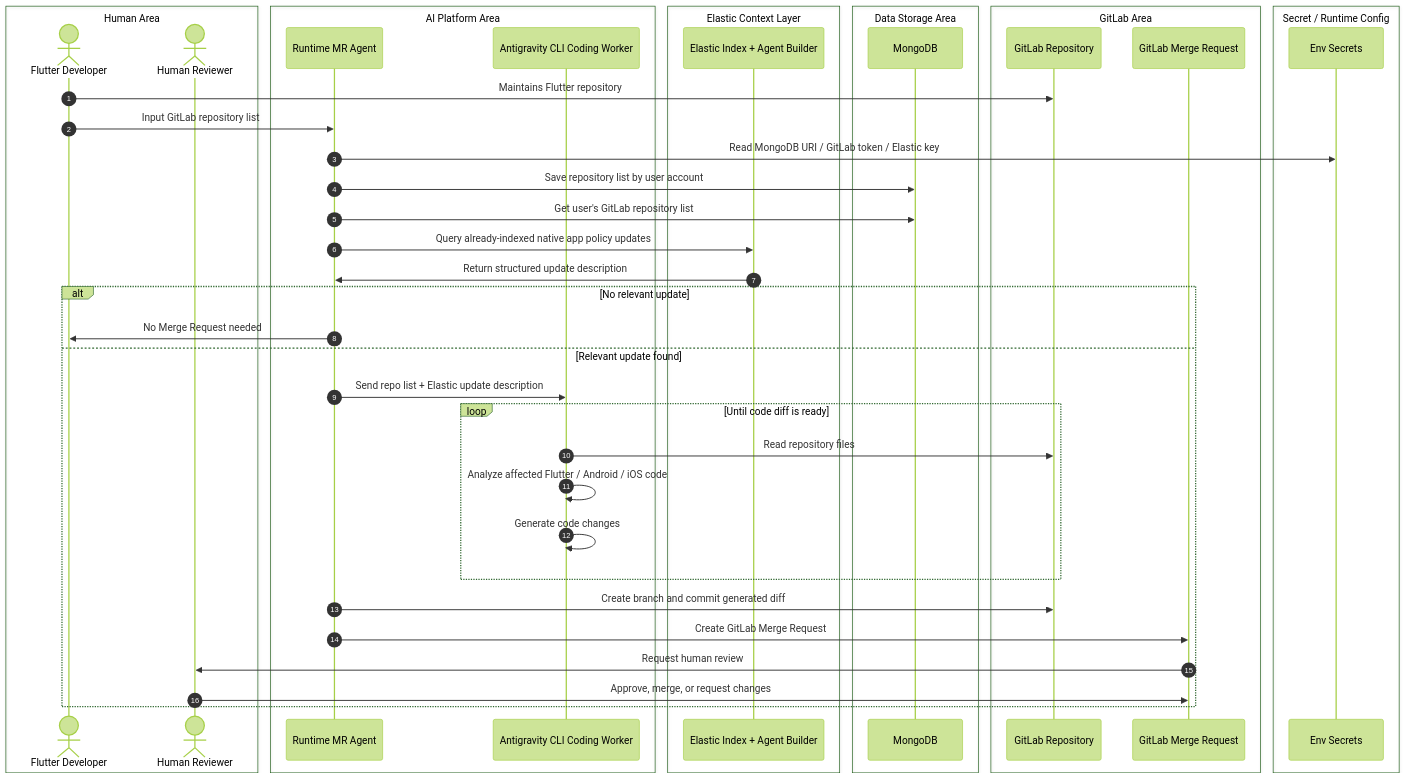
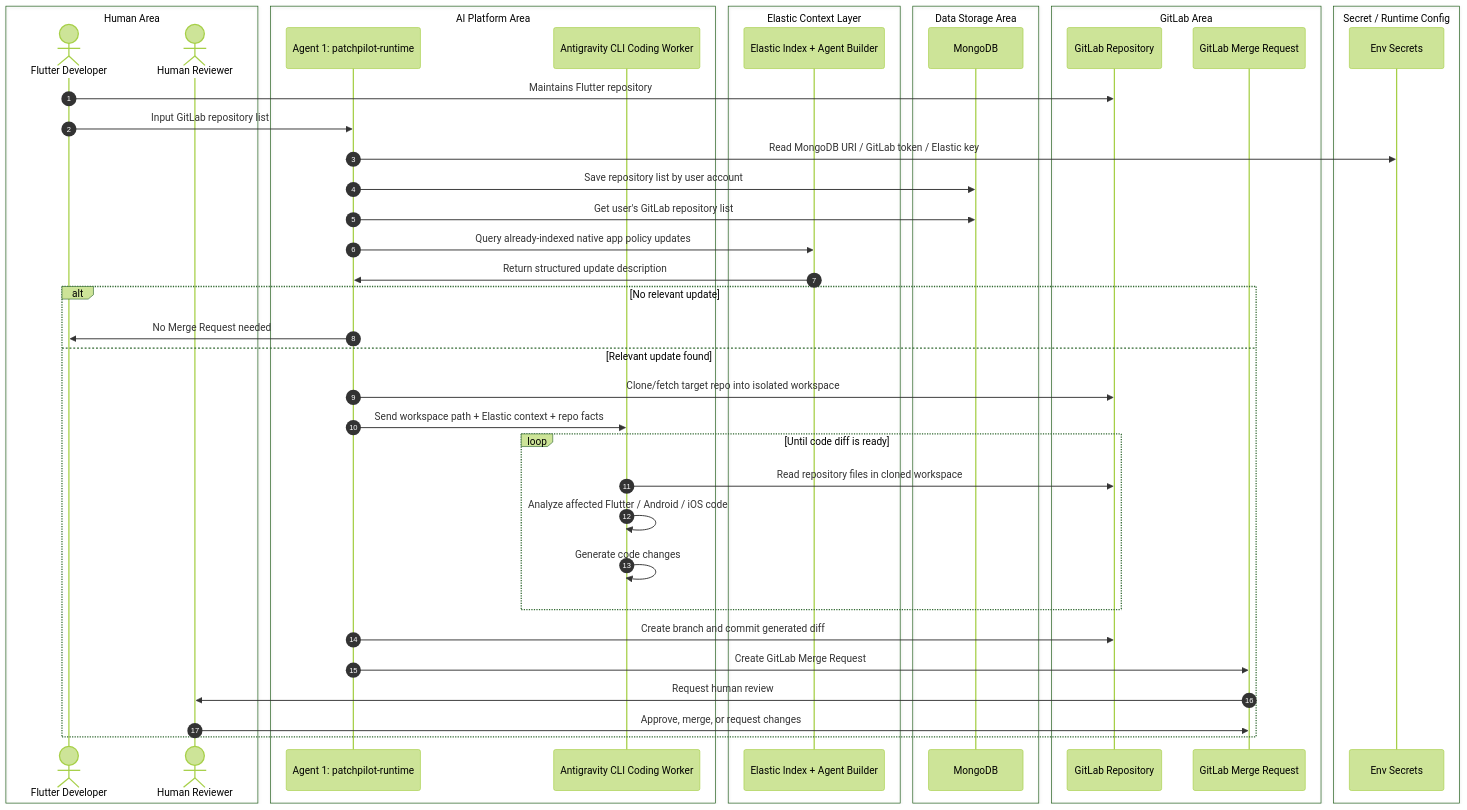
The first of 2 diagrams in PRD_AI_Native_Compliance_Automation_Refactored.md (nunutech40/patchpilot-agent), drawn with Mermaid (forest theme) before and after one commit. The commit also changed other lines of this file and 13 other files, not shown here.

````diff
--- a/PRD_AI_Native_Compliance_Automation_Refactored.md
+++ b/PRD_AI_Native_Compliance_Automation_Refactored.md
@@ -50,49 +61,50 @@
 ```mermaid
 sequenceDiagram
     autonumber
     box Human Area
         actor Dev as Flutter Developer
         actor Reviewer as Human Reviewer
     end
     box AI Platform Area
-        participant OpenClaw as Runtime MR Agent
+        participant OpenClaw as Agent 1: patchpilot-runtime
         participant Agent as Antigravity CLI Coding Worker
     end
     box Elastic Context Layer
         participant Elastic as Elastic Index + Agent Builder
     end
     box Data Storage Area
         participant Mongo as MongoDB
     end
     box GitLab Area
         participant Repo as GitLab Repository
         participant MR as GitLab Merge Request
     end
     box Secret / Runtime Config
         participant Secrets as Env Secrets
     end
 
     Dev->>Repo: Maintains Flutter repository
     Dev->>OpenClaw: Input GitLab repository list
     OpenClaw->>Secrets: Read MongoDB URI / GitLab token / Elastic key
     OpenClaw->>Mongo: Save repository list by user account
     OpenClaw->>Mongo: Get user's GitLab repository list
 
     OpenClaw->>Elastic: Query already-indexed native app policy updates
     Elastic->>OpenClaw: Return structured update description
 
     alt No relevant update
         OpenClaw->>Dev: No Merge Request needed
     else Relevant update found
-        OpenClaw->>Agent: Send repo list + Elastic update description
+        OpenClaw->>Repo: Clone/fetch target repo into isolated workspace
+        OpenClaw->>Agent: Send workspace path + Elastic context + repo facts
         loop Until code diff is ready
-            Agent->>Repo: Read repository files
+            Agent->>Repo: Read repository files in cloned workspace
             Agent->>Agent: Analyze affected Flutter / Android / iOS code
             Agent->>Agent: Generate code changes
         end
         OpenClaw->>Repo: Create branch and commit generated diff
         OpenClaw->>MR: Create GitLab Merge Request
         MR->>Reviewer: Request human review
         Reviewer->>MR: Approve, merge, or request changes
     end
 ```
````
